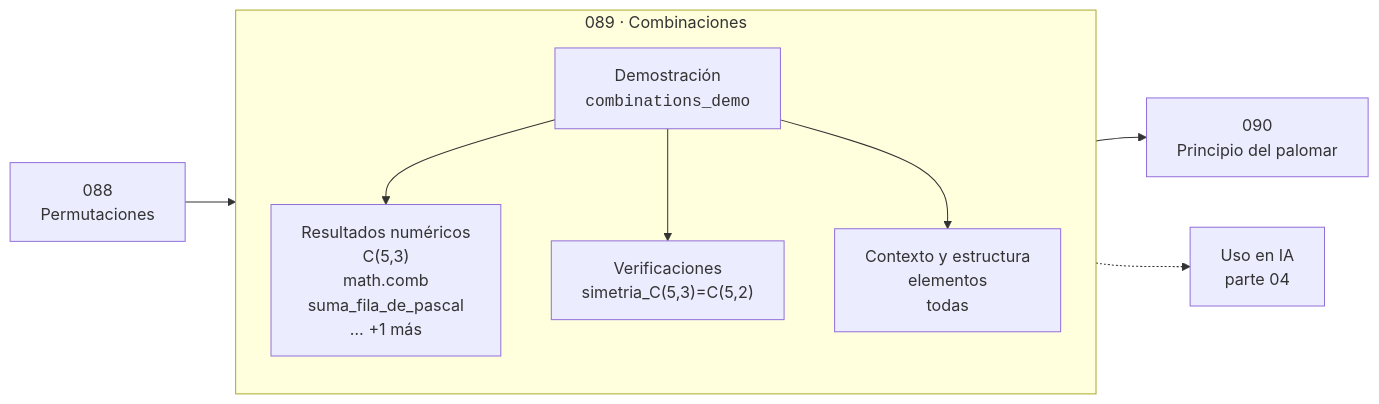
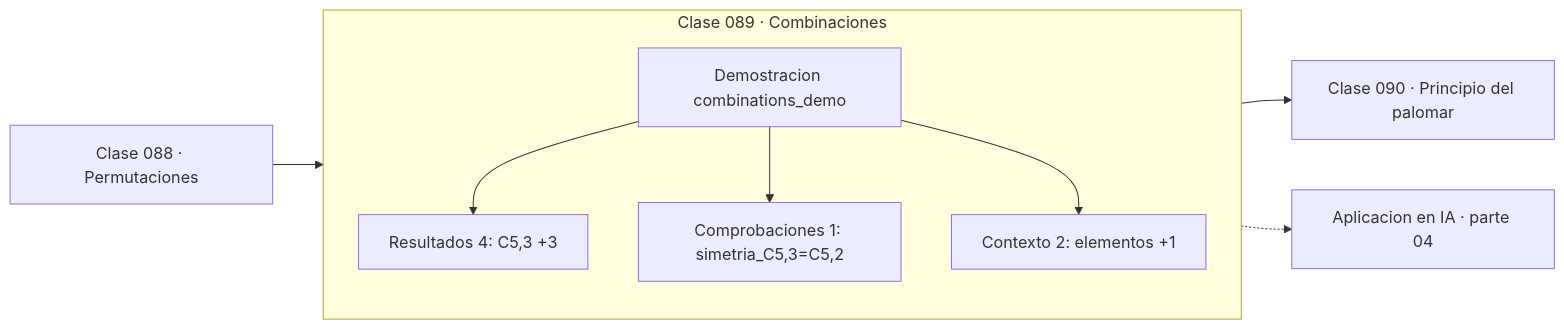
One commit to vladimiracunadev-create/computational-mathematics-program changed the diagram in classes/part-04-matematica-discreta-para-computacion/089-combinaciones/README.md. Above: the diagram before and after it, drawn with Mermaid. The commit also changed other lines of this file and 389 other files, not shown here.

First line of the commit message:
fix(diagramas): elimina el HTML de las etiquetas Mermaid

````diff
--- a/classes/part-04-matematica-discreta-para-computacion/089-combinaciones/README.md
+++ b/classes/part-04-matematica-discreta-para-computacion/089-combinaciones/README.md
@@ -30,12 +36,13 @@
 ```mermaid
 flowchart LR
-    P["088<br/>Permutaciones"] --> C
-    subgraph C["089 · Combinaciones"]
+    P["Clase 088 · Permutaciones"] --> D
+    subgraph CLASE["Clase 089 · Combinaciones"]
         direction TB
-        D["Demostración<br/><code>combinations_demo</code>"] --> R["Resultados numéricos<br/>C(5,3)<br/>math.comb<br/>suma_fila_de_pascal<br/>… +1 más"]
-        D --> V["Verificaciones<br/>simetria_C(5,3)=C(5,2)"]
-        D --> O["Contexto y estructura<br/>elementos<br/>todas"]
+        D["Demostracion combinations_demo"]
+        D --> R["Resultados 4: C5,3 +3"]
+        D --> V["Comprobaciones 1: simetria_C5,3=C5,2"]
+        D --> O["Contexto 2: elementos +1"]
     end
-    C --> N["090<br/>Principio del palomar"]
-    C -.-> IA["Uso en IA<br/>parte 04"]
+    R --> N["Clase 090 · Principio del palomar"]
+    V -.-> IA["Aplicacion en IA · parte 04"]
 ```
````
